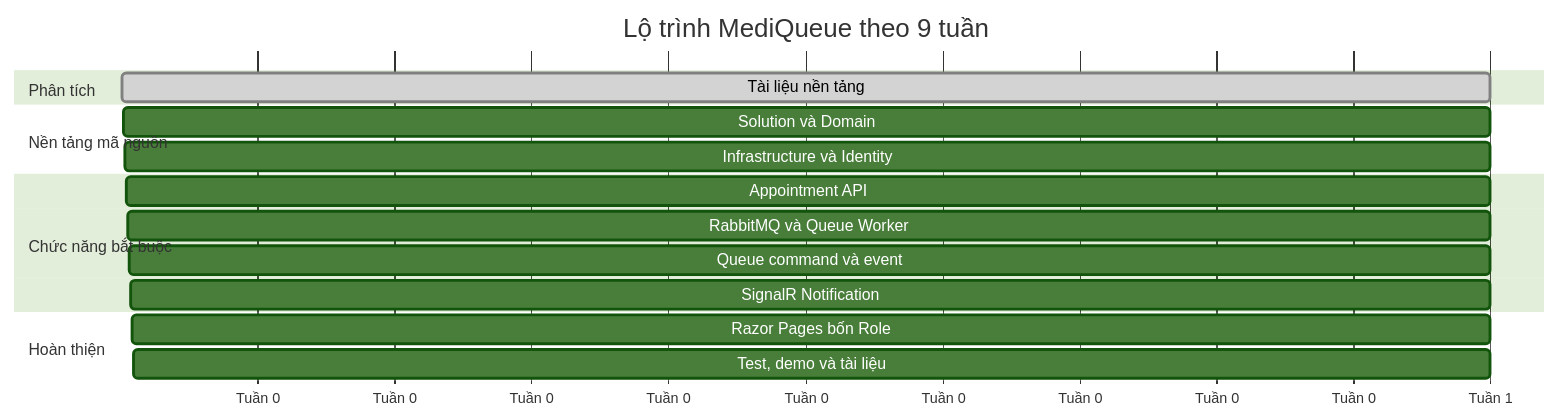
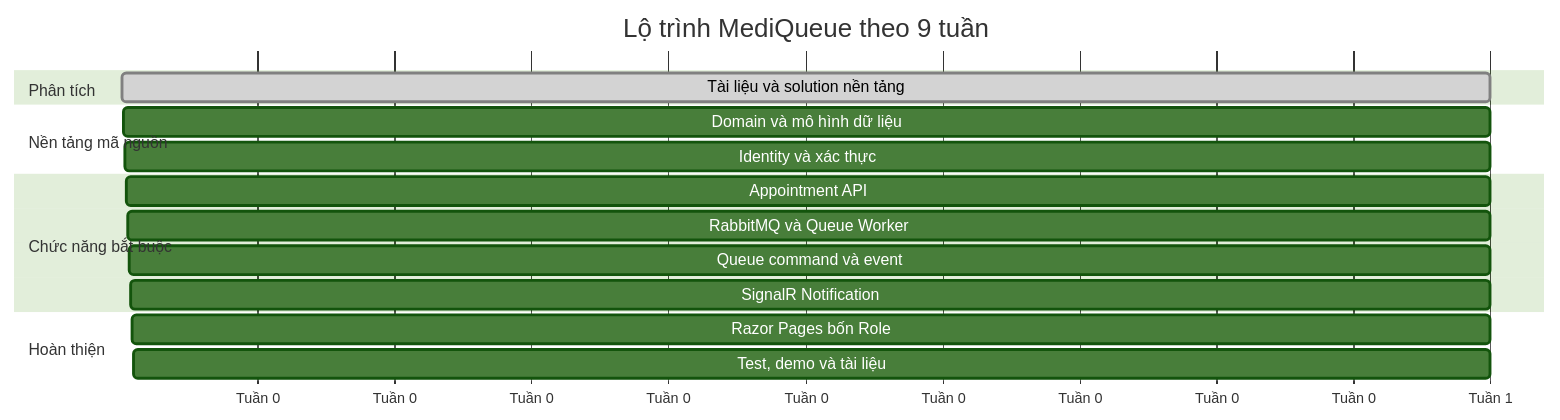
One commit to PTUDPTK23/CNTTK23E changed the diagram in Đặng Quốc Trung - dtc245200016/DuAn/DT09_HeThongDatLichKhamVaQuanLyHangDoi/Tuan1/docs/roadmap.md. Above: the diagram before and after it, drawn with Mermaid (forest theme). The commit also changed other lines of this file and 124 other files, not shown here.

````diff
--- a/Đặng Quốc Trung - dtc245200016/DuAn/DT09_HeThongDatLichKhamVaQuanLyHangDoi/Tuan1/docs/roadmap.md
+++ b/Đặng Quốc Trung - dtc245200016/DuAn/DT09_HeThongDatLichKhamVaQuanLyHangDoi/Tuan1/docs/roadmap.md
@@ -32,19 +32,19 @@
 ```mermaid
 gantt
     title Lộ trình MediQueue theo 9 tuần
     dateFormat  X
     axisFormat Tuần %s
     section Phân tích
-    Tài liệu nền tảng              :done, b1, 1, 1
+    Tài liệu và solution nền tảng  :done, b1, 1, 1
     section Nền tảng mã nguồn
-    Solution và Domain             :b2, 2, 1
-    Infrastructure và Identity     :b3, 3, 1
+    Domain và mô hình dữ liệu      :b2, 2, 1
+    Identity và xác thực           :b3, 3, 1
     section Chức năng bắt buộc
     Appointment API                :b4, 4, 1
     RabbitMQ và Queue Worker       :b5, 5, 1
     Queue command và event         :b6, 6, 1
     SignalR Notification           :b7, 7, 1
     section Hoàn thiện
     Razor Pages bốn Role           :b8, 8, 1
     Test, demo và tài liệu         :b9, 9, 1
 ```
````
